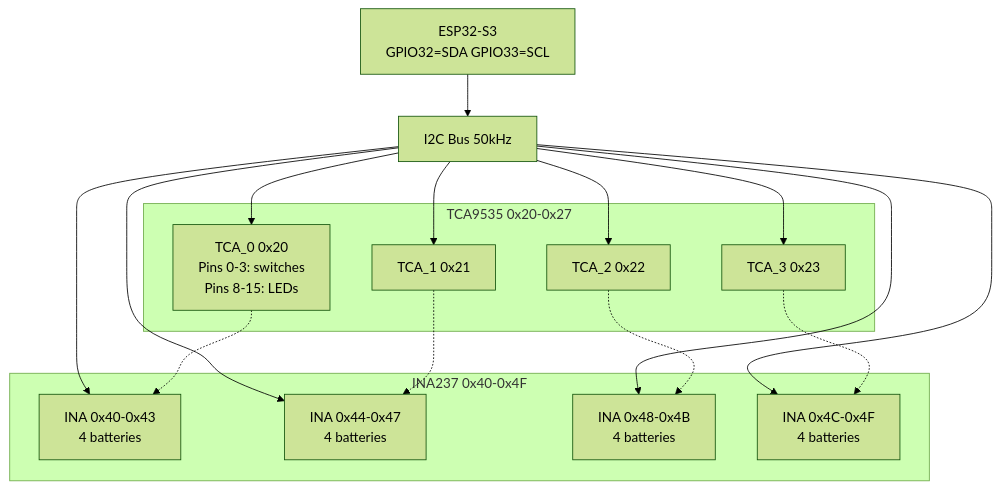
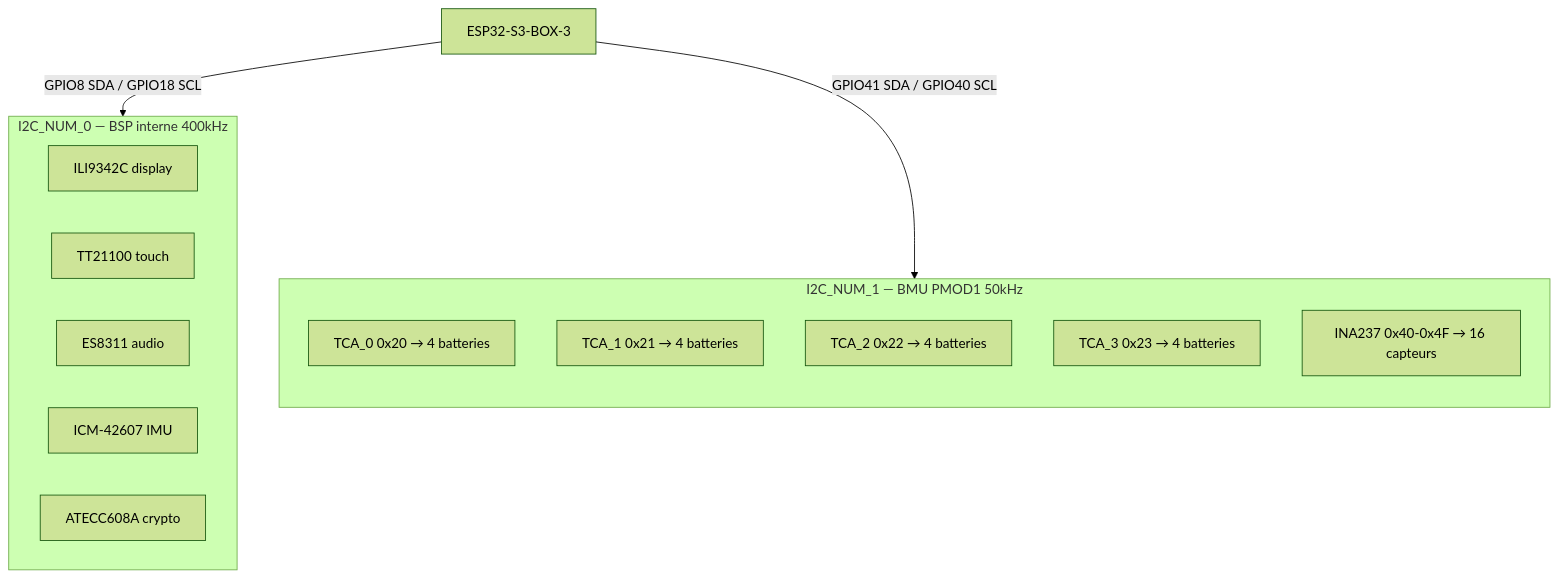
One commit to KomplexKapharnaum/KXKM_Batterie_Parallelator changed the fourth of 8 diagrams in docs/governance/architecture-diagrams.md. Above: the diagram before and after it, drawn with Mermaid (forest theme). The commit also changed other lines of this file and 2 other files, not shown here.

First line of the commit message:
docs: update architecture diagrams (9 Mermaid), feature map (F01-F18), CLAUDE.md (3 stacks)

````diff
--- a/docs/governance/architecture-diagrams.md
+++ b/docs/governance/architecture-diagrams.md
@@ -105,34 +114,24 @@
 ```mermaid
 flowchart TB
-  ESP[ESP32-S3\nGPIO32=SDA GPIO33=SCL]
-  MUX[I2C Bus 50kHz]
-  ESP --> MUX
+  ESP[ESP32-S3-BOX-3]
 
-  subgraph TCA_GRP[TCA9535 0x20-0x27]
-    TCA0[TCA_0 0x20\nPins 0-3: switches\nPins 8-15: LEDs]
-    TCA1[TCA_1 0x21]
-    TCA2[TCA_2 0x22]
-    TCA3[TCA_3 0x23]
+  subgraph BUS0[I2C_NUM_0 — BSP interne 400kHz]
+    LCD_C[ILI9342C display]
+    TOUCH_C[TT21100 touch]
+    CODEC[ES8311 audio]
+    IMU_C[ICM-42607 IMU]
+    CRYPTO[ATECC608A crypto]
   end
 
-  subgraph INA_GRP[INA237 0x40-0x4F]
-    INA0[INA 0x40-0x43\n4 batteries]
-    INA1[INA 0x44-0x47\n4 batteries]
-    INA2[INA 0x48-0x4B\n4 batteries]
-    INA3[INA 0x4C-0x4F\n4 batteries]
+  subgraph BUS1[I2C_NUM_1 — BMU PMOD1 50kHz]
+    direction TB
+    TCA0[TCA_0 0x20 → 4 batteries]
+    TCA1[TCA_1 0x21 → 4 batteries]
+    TCA2[TCA_2 0x22 → 4 batteries]
+    TCA3[TCA_3 0x23 → 4 batteries]
+    INA_GRP[INA237 0x40-0x4F → 16 capteurs]
   end
 
-  MUX --> TCA0
-  MUX --> TCA1
-  MUX --> TCA2
-  MUX --> TCA3
-  MUX --> INA0
-  MUX --> INA1
-  MUX --> INA2
-  MUX --> INA3
-
-  TCA0 -.-> INA0
-  TCA1 -.-> INA1
-  TCA2 -.-> INA2
-  TCA3 -.-> INA3
+  ESP -->|GPIO8 SDA / GPIO18 SCL| BUS0
+  ESP -->|GPIO41 SDA / GPIO40 SCL| BUS1
 ```
````
